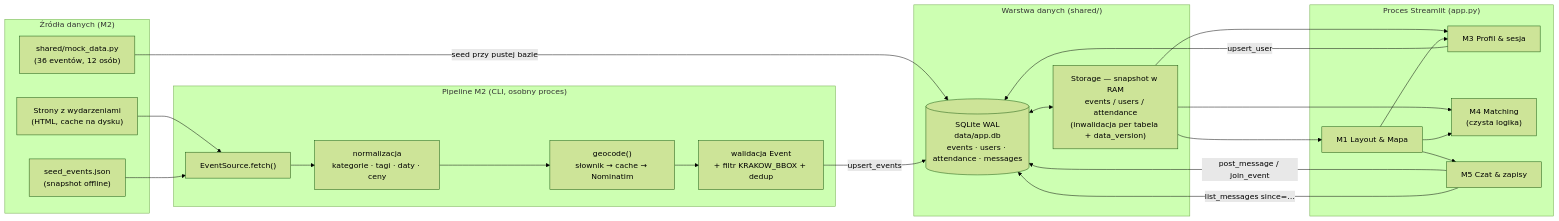
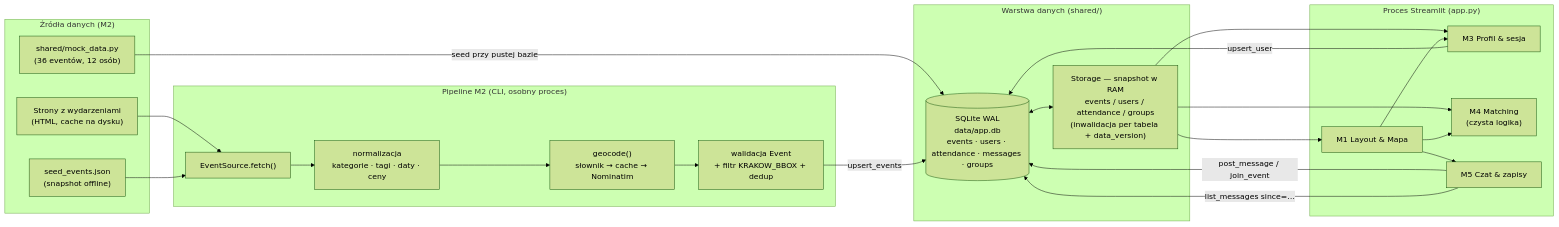
Before and after one commit to klonicaWeronika/HackYeah26_event_app: the first of 8 diagrams in ARCHITECTURE.md, drawn with Mermaid (forest theme). The commit also changed other lines of this file and 17 other files, not shown here.

````diff
--- a/ARCHITECTURE.md
+++ b/ARCHITECTURE.md
@@ -39,37 +39,37 @@
 ```mermaid
 flowchart LR
     subgraph SRC["Źródła danych (M2)"]
         WEB["Strony z wydarzeniami<br/>(HTML, cache na dysku)"]
         JSON["seed_events.json<br/>(snapshot offline)"]
         MOCK["shared/mock_data.py<br/>(36 eventów, 12 osób)"]
     end
 
     subgraph PIPE["Pipeline M2 (CLI, osobny proces)"]
         FETCH["EventSource.fetch()"] --> NORM["normalizacja<br/>kategorie · tagi · daty · ceny"]
         NORM --> GEO["geocode()<br/>słownik → cache → Nominatim"]
         GEO --> VAL["walidacja Event<br/>+ filtr KRAKOW_BBOX + dedup"]
     end
 
     subgraph DATA["Warstwa danych (shared/)"]
-        DB[("SQLite WAL<br/>data/app.db<br/>events · users · attendance · messages")]
-        SNAP["Storage — snapshot w RAM<br/>events / users / attendance<br/>(inwalidacja per tabela + data_version)"]
+        DB[("SQLite WAL<br/>data/app.db<br/>events · users · attendance · messages · groups")]
+        SNAP["Storage — snapshot w RAM<br/>events / users / attendance / groups<br/>(inwalidacja per tabela + data_version)"]
     end
 
     subgraph APP["Proces Streamlit (app.py)"]
         M1["M1 Layout & Mapa"]
         M3["M3 Profil & sesja"]
         M4["M4 Matching<br/>(czysta logika)"]
         M5["M5 Czat & zapisy"]
     end
 
     WEB --> FETCH
     JSON --> FETCH
     MOCK -->|seed przy pustej bazie| DB
     VAL -->|upsert_events| DB
     DB <--> SNAP
     SNAP --> M1 & M3 & M4
     M5 -->|post_message / join_event| DB
     M3 -->|upsert_user| DB
     M5 -->|list_messages since=…| DB
     M1 --> M3 & M4 & M5
 ```
````
